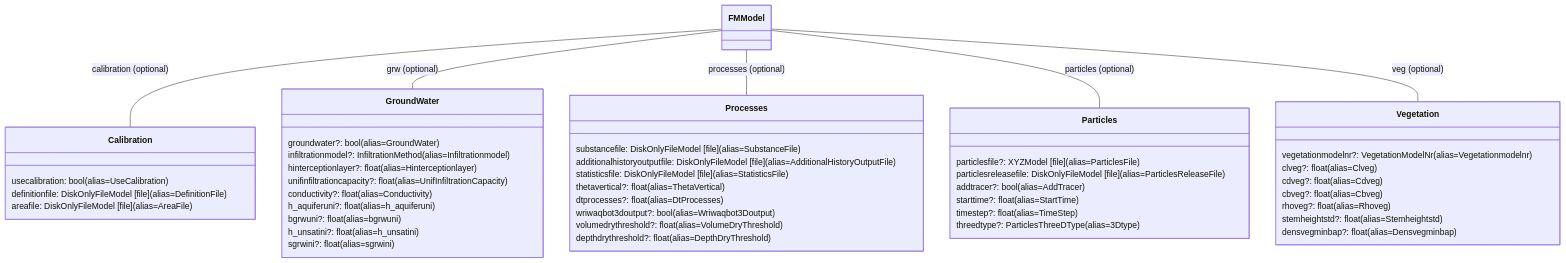
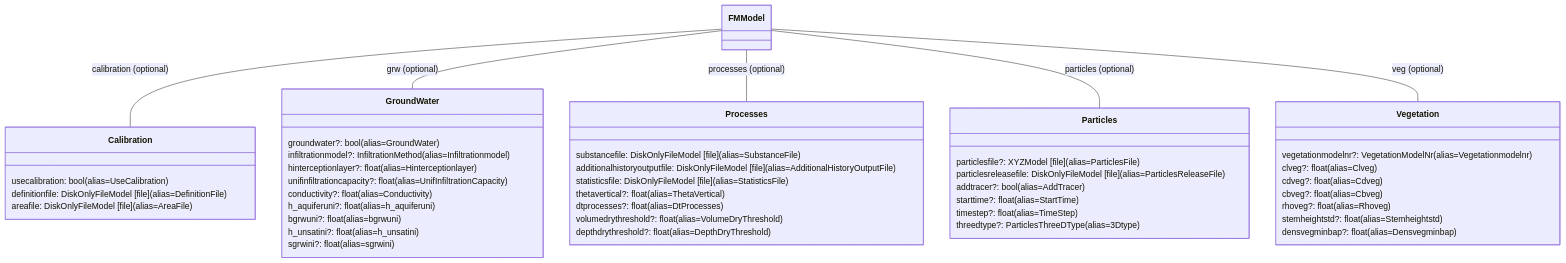
One commit to Deltares/HYDROLIB-core changed the fifth of 8 diagrams in docs/reference/dflowfm/mdu/fm-model-attributes-detailed.md. Above: the diagram before and after it, drawn with Mermaid. The commit also changed 15 other files, not shown here.

Commit message:
feat(models): remove deprecated 'BathymetryFile' and 'Wriwaqbot3Doutput' fields from model attributes

````diff
--- a/docs/reference/dflowfm/mdu/fm-model-attributes-detailed.md
+++ b/docs/reference/dflowfm/mdu/fm-model-attributes-detailed.md
@@ -342,60 +342,59 @@
 ```mermaid
 classDiagram
     direction TB
 
     class Calibration {
       usecalibration: bool (alias=UseCalibration)
       definitionfile: DiskOnlyFileModel [file] (alias=DefinitionFile)
       areafile: DiskOnlyFileModel [file] (alias=AreaFile)
     }
 
     class GroundWater {
       groundwater?: bool (alias=GroundWater)
       infiltrationmodel?: InfiltrationMethod (alias=Infiltrationmodel)
       hinterceptionlayer?: float (alias=Hinterceptionlayer)
       unifinfiltrationcapacity?: float (alias=UnifInfiltrationCapacity)
       conductivity?: float (alias=Conductivity)
       h_aquiferuni?: float (alias=h_aquiferuni)
       bgrwuni?: float (alias=bgrwuni)
       h_unsatini?: float (alias=h_unsatini)
       sgrwini?: float (alias=sgrwini)
     }
 
     class Processes {
       substancefile: DiskOnlyFileModel [file] (alias=SubstanceFile)
       additionalhistoryoutputfile: DiskOnlyFileModel [file] (alias=AdditionalHistoryOutputFile)
       statisticsfile: DiskOnlyFileModel [file] (alias=StatisticsFile)
       thetavertical?: float (alias=ThetaVertical)
       dtprocesses?: float (alias=DtProcesses)
-      wriwaqbot3doutput?: bool (alias=Wriwaqbot3Doutput)
       volumedrythreshold?: float (alias=VolumeDryThreshold)
       depthdrythreshold?: float (alias=DepthDryThreshold)
     }
 
     class Particles {
       particlesfile?: XYZModel [file] (alias=ParticlesFile)
       particlesreleasefile: DiskOnlyFileModel [file] (alias=ParticlesReleaseFile)
       addtracer?: bool (alias=AddTracer)
       starttime?: float (alias=StartTime)
       timestep?: float (alias=TimeStep)
       threedtype?: ParticlesThreeDType (alias=3Dtype)
     }
 
     class Vegetation {
       vegetationmodelnr?: VegetationModelNr (alias=Vegetationmodelnr)
       clveg?: float (alias=Clveg)
       cdveg?: float (alias=Cdveg)
       cbveg?: float (alias=Cbveg)
       rhoveg?: float (alias=Rhoveg)
       stemheightstd?: float (alias=Stemheightstd)
       densvegminbap?: float (alias=Densvegminbap)
     }
 
     %% Connect to FMModel like in the consolidated overview
     class FMModel
     FMModel -- Calibration : calibration (optional)
     FMModel -- GroundWater : grw (optional)
     FMModel -- Processes : processes (optional)
     FMModel -- Particles : particles (optional)
     FMModel -- Vegetation : veg (optional)
 ```
````
